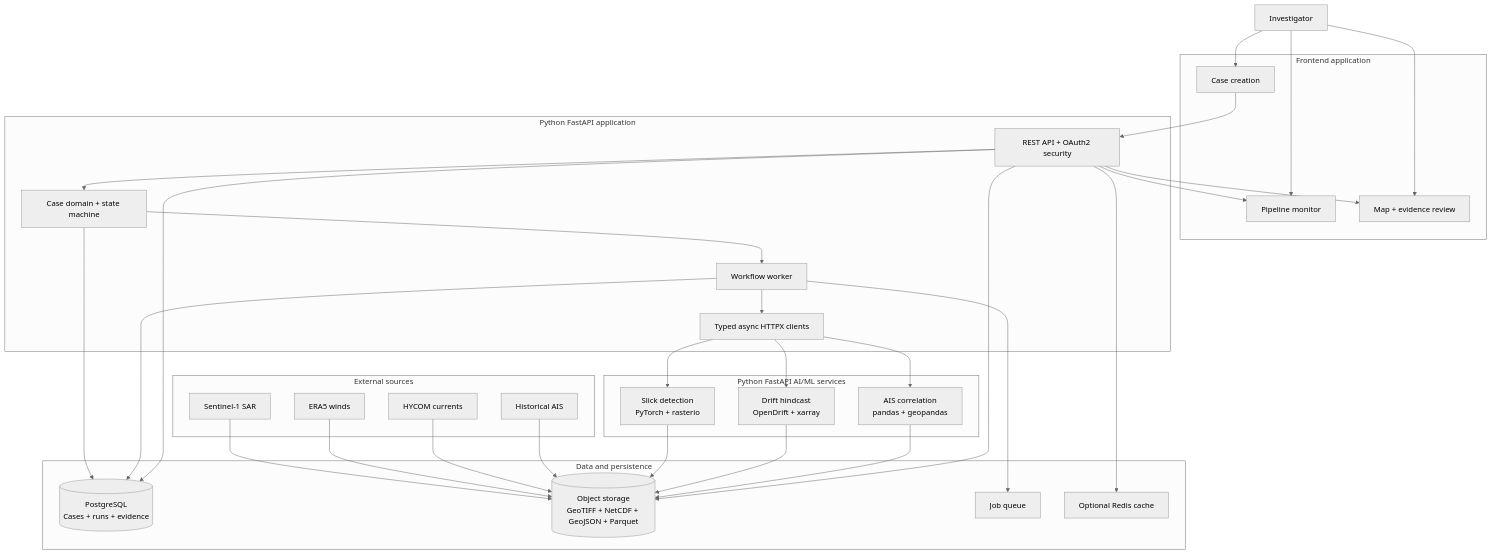
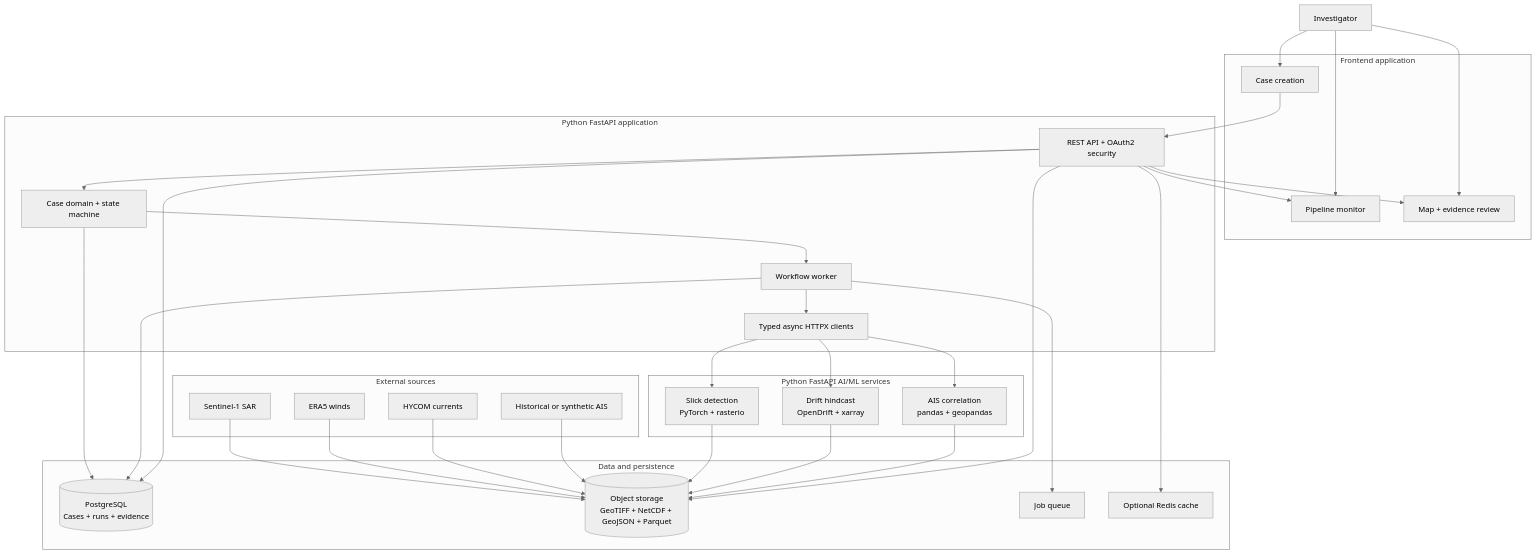
One commit to ankushkumar14092-dot/sih-architecture changed diagram 25 of 25 in ai-ml-maritime-oil-spill-architecture.md. Above: the diagram before and after it, drawn with Mermaid (neutral theme). The commit also changed other lines of this file and 1 other file, not shown here.

Commit message:
Align architecture with SIH26143 requirements

````diff
--- a/ai-ml-maritime-oil-spill-architecture.md
+++ b/ai-ml-maritime-oil-spill-architecture.md
@@ -1524,61 +1567,61 @@
 ```mermaid
 flowchart TB
         ANALYST["Investigator"]
 
         subgraph CLIENT["Frontend application"]
                 CASEUI["Case creation"]
                 MONITOR["Pipeline monitor"]
                 MAPUI["Map + evidence review"]
         end
 
         subgraph BACKEND["Python FastAPI application"]
                 API["REST API + OAuth2 security"]
                 DOMAIN["Case domain + state machine"]
                 WORKER["Workflow worker"]
                 ADAPTERS["Typed async HTTPX clients"]
         end
 
         subgraph PYTHON["Python FastAPI AI/ML services"]
                 DET["Slick detection\nPyTorch + rasterio"]
                 DRIFT["Drift hindcast\nOpenDrift + xarray"]
                 AISML["AIS correlation\npandas + geopandas"]
         end
 
         subgraph DATA["Data and persistence"]
                 POSTGRES[("PostgreSQL\nCases + runs + evidence")]
                 OBJECT[("Object storage\nGeoTIFF + NetCDF + GeoJSON + Parquet")]
                 QUEUE["Job queue"]
                 CACHE["Optional Redis cache"]
         end
 
         subgraph SOURCES["External sources"]
                 SAR["Sentinel-1 SAR"]
                 ERA["ERA5 winds"]
                 HY["HYCOM currents"]
-                AISDATA["Historical AIS"]
+                AISDATA["Historical or synthetic AIS"]
         end
 
         ANALYST --> CASEUI --> API
         ANALYST --> MONITOR
         ANALYST --> MAPUI
         API --> DOMAIN --> WORKER
         WORKER --> QUEUE
         WORKER --> ADAPTERS
         ADAPTERS --> DET
         ADAPTERS --> DRIFT
         ADAPTERS --> AISML
         SAR --> OBJECT
         ERA --> OBJECT
         HY --> OBJECT
         AISDATA --> OBJECT
         DET --> OBJECT
         DRIFT --> OBJECT
         AISML --> OBJECT
         DOMAIN --> POSTGRES
         WORKER --> POSTGRES
         API --> POSTGRES
         API --> OBJECT
         API --> CACHE
         API --> MONITOR
         API --> MAPUI
 ```
````
